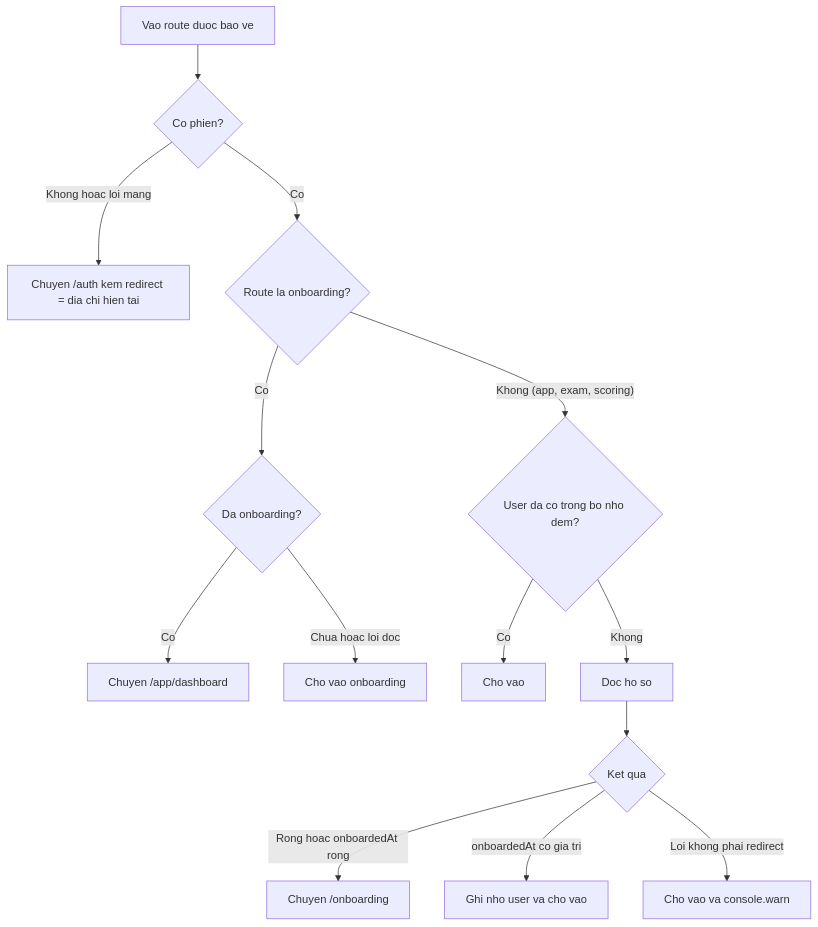
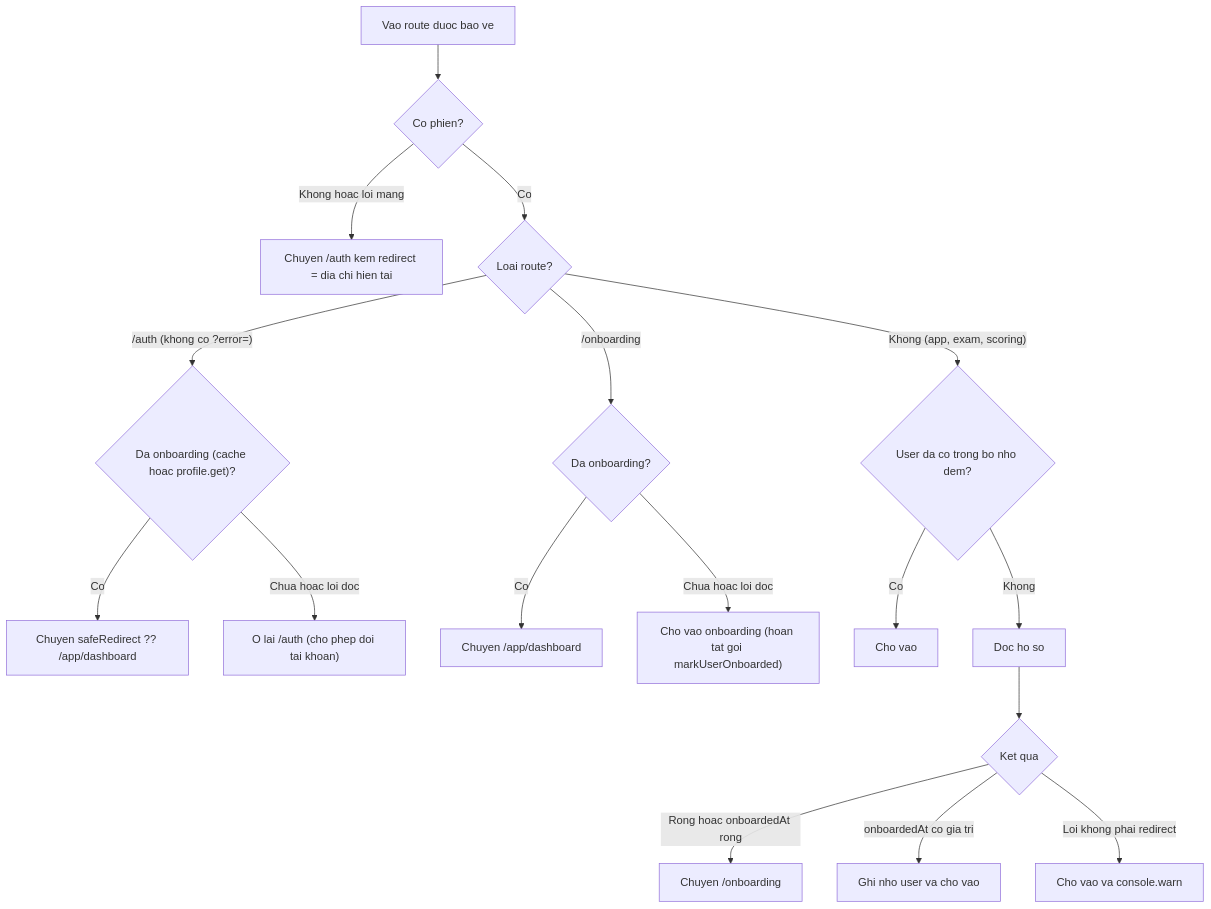
Before and after one commit to vinh19410/vox-flow: the tenth of 14 diagrams in docs/_reverse/auth-account/srs/auth-account-reverse-flows.md, drawn with Mermaid. The commit also changed other lines of this file and 14 other files, not shown here.

````diff
--- a/docs/_reverse/auth-account/srs/auth-account-reverse-flows.md
+++ b/docs/_reverse/auth-account/srs/auth-account-reverse-flows.md
@@ -258,16 +263,19 @@
 ```mermaid
 flowchart TD
     A["Vao route duoc bao ve"] --> B{"Co phien?"}
     B -->|"Khong hoac loi mang"| B1["Chuyen /auth kem redirect = dia chi hien tai"]
-    B -->|Co| C{"Route la onboarding?"}
-    C -->|Co| D{"Da onboarding?"}
+    B -->|Co| C{"Loai route?"}
+    C -->|"/auth (khong co ?error=)"| CA{"Da onboarding (cache hoac profile.get)?"}
+    CA -->|Co| CA1["Chuyen safeRedirect ?? /app/dashboard"]
+    CA -->|"Chua hoac loi doc"| CA2["O lai /auth (cho phep doi tai khoan)"]
+    C -->|"/onboarding"| D{"Da onboarding?"}
     D -->|Co| D1["Chuyen /app/dashboard"]
-    D -->|"Chua hoac loi doc"| D2["Cho vao onboarding"]
+    D -->|"Chua hoac loi doc"| D2["Cho vao onboarding (hoan tat goi markUserOnboarded)"]
     C -->|"Khong (app, exam, scoring)"| E{"User da co trong bo nho dem?"}
     E -->|Co| E1["Cho vao"]
     E -->|Khong| F["Doc ho so"]
     F --> G{"Ket qua"}
     G -->|"Rong hoac onboardedAt rong"| G1["Chuyen /onboarding"]
     G -->|"onboardedAt co gia tri"| G2["Ghi nho user va cho vao"]
     G -->|"Loi khong phai redirect"| G3["Cho vao va console.warn"]
 ```
````
